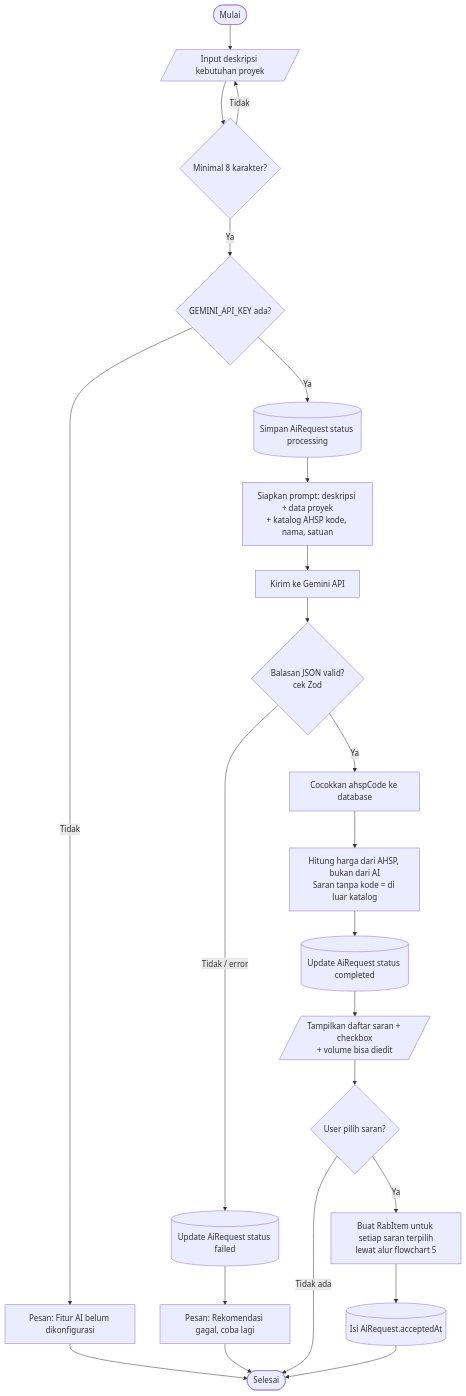
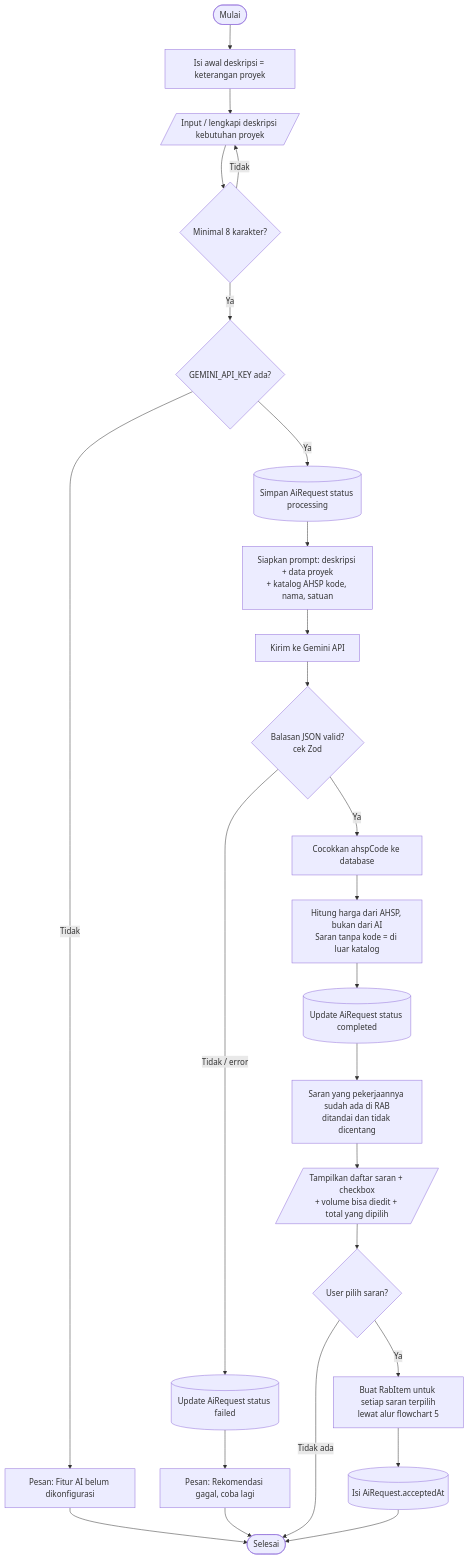
Before and after one commit to ditt1945/RAB-system: the sixth of 8 diagrams in docs/FLOWCHART.md, drawn with Mermaid. The commit also changed other lines of this file and 14 other files, not shown here.

First line of the commit message:
Perbaiki alur pengerjaan proyek dan tampilan fitur

````diff
--- a/docs/FLOWCHART.md
+++ b/docs/FLOWCHART.md
@@ -166,23 +169,25 @@
 ```mermaid
 flowchart TD
-    S([Mulai]) --> IN[/"Input deskripsi kebutuhan proyek"/]
+    S([Mulai]) --> PRE[Isi awal deskripsi = keterangan proyek]
+    PRE --> IN[/"Input / lengkapi deskripsi kebutuhan proyek"/]
     IN --> V{Minimal 8 karakter?}
     V -->|Tidak| IN
     V -->|Ya| KEY{GEMINI_API_KEY ada?}
     KEY -->|Tidak| E1[Pesan: Fitur AI belum dikonfigurasi] --> X([Selesai])
     KEY -->|Ya| LOG[(Simpan AiRequest status processing)]
     LOG --> CTX[Siapkan prompt: deskripsi + data proyek<br/>+ katalog AHSP kode, nama, satuan]
     CTX --> API[Kirim ke Gemini API]
     API --> OK{Balasan JSON valid?<br/>cek Zod}
     OK -->|Tidak / error| F[(Update AiRequest status failed)]
     F --> E2[Pesan: Rekomendasi gagal, coba lagi] --> X
     OK -->|Ya| MATCH[Cocokkan ahspCode ke database]
     MATCH --> PR[Hitung harga dari AHSP, bukan dari AI<br/>Saran tanpa kode = di luar katalog]
     PR --> DONE[(Update AiRequest status completed)]
-    DONE --> SHOW[/"Tampilkan daftar saran + checkbox<br/>+ volume bisa diedit"/]
+    DONE --> DUP[Saran yang pekerjaannya sudah ada di RAB<br/>ditandai dan tidak dicentang]
+    DUP --> SHOW[/"Tampilkan daftar saran + checkbox<br/>+ volume bisa diedit + total yang dipilih"/]
     SHOW --> PIL{User pilih saran?}
     PIL -->|Tidak ada| X
     PIL -->|Ya| ADD[Buat RabItem untuk setiap saran terpilih<br/>lewat alur flowchart 5]
     ADD --> ACC[(Isi AiRequest.acceptedAt)]
     ACC --> X
 ```
````
